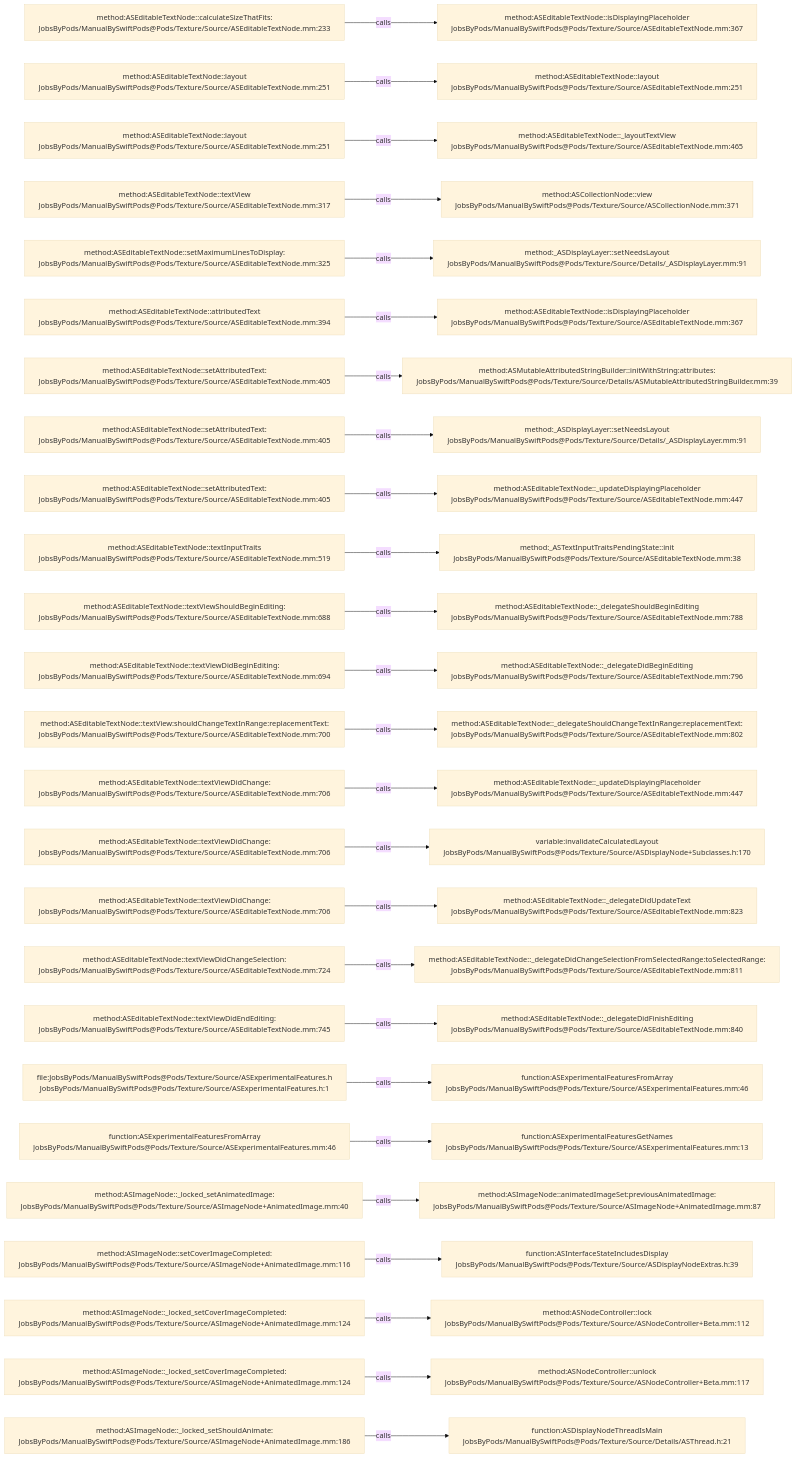
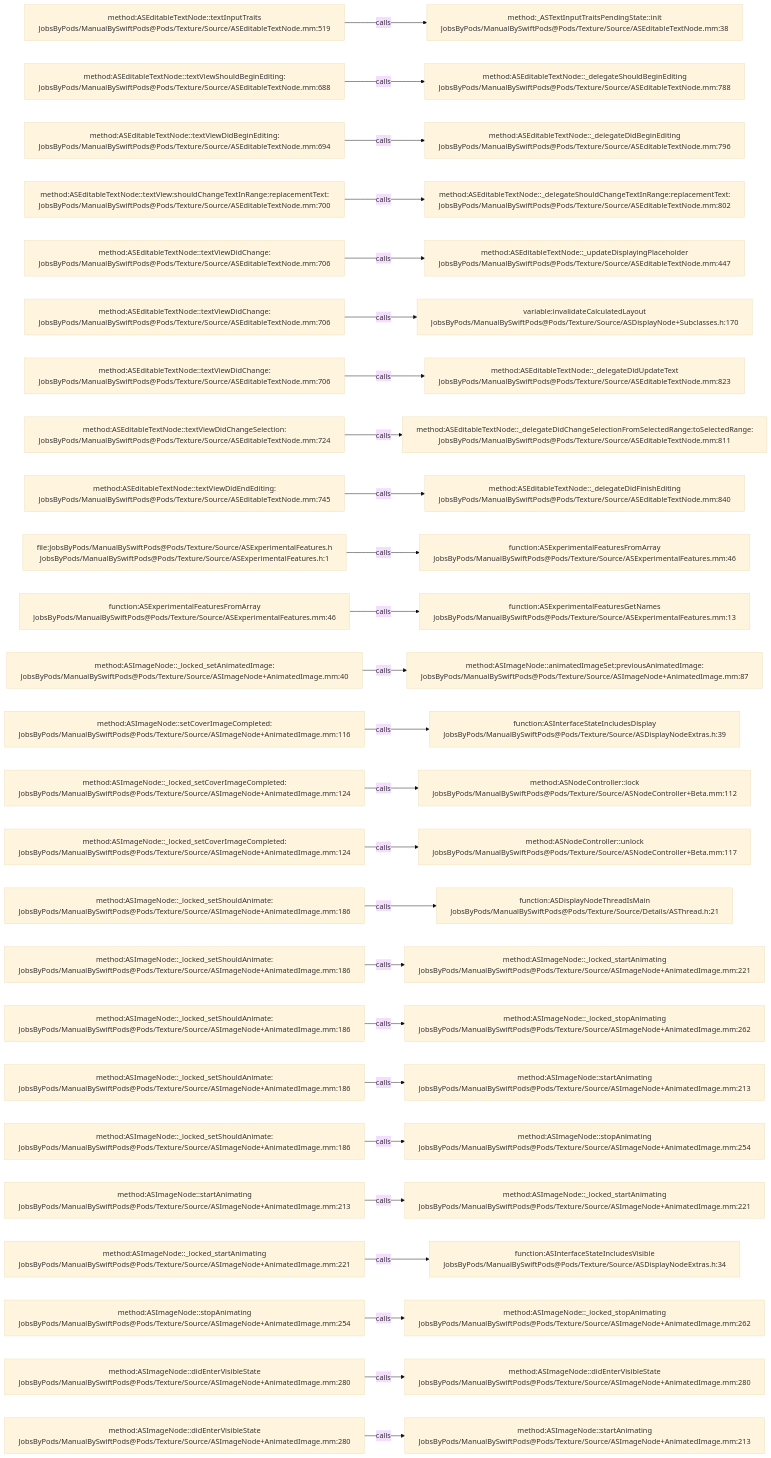
The diagram in .codegraph/codegraph.md/graphs/calls-040.md (JobsKits/JobsSwiftBaseConfigDemo), drawn with Mermaid (base theme) before and after one commit. The commit also changed 707 other files, not shown here.

````diff
--- a/.codegraph/codegraph.md/graphs/calls-040.md
+++ b/.codegraph/codegraph.md/graphs/calls-040.md
@@ -13,78 +13,78 @@
 ```mermaid
 flowchart LR
-  S1["method:ASEditableTextNode::calculateSizeThatFits:<br/>JobsByPods/ManualBySwiftPods@Pods/Texture/Source/ASEditableTextNode.mm:233"]
-  T1["method:ASEditableTextNode::isDisplayingPlaceholder<br/>JobsByPods/ManualBySwiftPods@Pods/Texture/Source/ASEditableTextNode.mm:367"]
+  S1["method:ASEditableTextNode::textInputTraits<br/>JobsByPods/ManualBySwiftPods@Pods/Texture/Source/ASEditableTextNode.mm:519"]
+  T1["method:_ASTextInputTraitsPendingState::init<br/>JobsByPods/ManualBySwiftPods@Pods/Texture/Source/ASEditableTextNode.mm:38"]
   S1 -->|calls| T1
-  S2["method:ASEditableTextNode::layout<br/>JobsByPods/ManualBySwiftPods@Pods/Texture/Source/ASEditableTextNode.mm:251"]
-  T2["method:ASEditableTextNode::layout<br/>JobsByPods/ManualBySwiftPods@Pods/Texture/Source/ASEditableTextNode.mm:251"]
+  S2["method:ASEditableTextNode::textViewShouldBeginEditing:<br/>JobsByPods/ManualBySwiftPods@Pods/Texture/Source/ASEditableTextNode.mm:688"]
+  T2["method:ASEditableTextNode::_delegateShouldBeginEditing<br/>JobsByPods/ManualBySwiftPods@Pods/Texture/Source/ASEditableTextNode.mm:788"]
   S2 -->|calls| T2
-  S3["method:ASEditableTextNode::layout<br/>JobsByPods/ManualBySwiftPods@Pods/Texture/Source/ASEditableTextNode.mm:251"]
-  T3["method:ASEditableTextNode::_layoutTextView<br/>JobsByPods/ManualBySwiftPods@Pods/Texture/Source/ASEditableTextNode.mm:465"]
+  S3["method:ASEditableTextNode::textViewDidBeginEditing:<br/>JobsByPods/ManualBySwiftPods@Pods/Texture/Source/ASEditableTextNode.mm:694"]
+  T3["method:ASEditableTextNode::_delegateDidBeginEditing<br/>JobsByPods/ManualBySwiftPods@Pods/Texture/Source/ASEditableTextNode.mm:796"]
   S3 -->|calls| T3
-  S4["method:ASEditableTextNode::textView<br/>JobsByPods/ManualBySwiftPods@Pods/Texture/Source/ASEditableTextNode.mm:317"]
-  T4["method:ASCollectionNode::view<br/>JobsByPods/ManualBySwiftPods@Pods/Texture/Source/ASCollectionNode.mm:371"]
+  S4["method:ASEditableTextNode::textView:shouldChangeTextInRange:replacementText:<br/>JobsByPods/ManualBySwiftPods@Pods/Texture/Source/ASEditableTextNode.mm:700"]
+  T4["method:ASEditableTextNode::_delegateShouldChangeTextInRange:replacementText:<br/>JobsByPods/ManualBySwiftPods@Pods/Texture/Source/ASEditableTextNode.mm:802"]
   S4 -->|calls| T4
-  S5["method:ASEditableTextNode::setMaximumLinesToDisplay:<br/>JobsByPods/ManualBySwiftPods@Pods/Texture/Source/ASEditableTextNode.mm:325"]
-  T5["method:_ASDisplayLayer::setNeedsLayout<br/>JobsByPods/ManualBySwiftPods@Pods/Texture/Source/Details/_ASDisplayLayer.mm:91"]
+  S5["method:ASEditableTextNode::textViewDidChange:<br/>JobsByPods/ManualBySwiftPods@Pods/Texture/Source/ASEditableTextNode.mm:706"]
+  T5["method:ASEditableTextNode::_updateDisplayingPlaceholder<br/>JobsByPods/ManualBySwiftPods@Pods/Texture/Source/ASEditableTextNode.mm:447"]
   S5 -->|calls| T5
-  S6["method:ASEditableTextNode::attributedText<br/>JobsByPods/ManualBySwiftPods@Pods/Texture/Source/ASEditableTextNode.mm:394"]
-  T6["method:ASEditableTextNode::isDisplayingPlaceholder<br/>JobsByPods/ManualBySwiftPods@Pods/Texture/Source/ASEditableTextNode.mm:367"]
+  S6["method:ASEditableTextNode::textViewDidChange:<br/>JobsByPods/ManualBySwiftPods@Pods/Texture/Source/ASEditableTextNode.mm:706"]
+  T6["variable:invalidateCalculatedLayout<br/>JobsByPods/ManualBySwiftPods@Pods/Texture/Source/ASDisplayNode+Subclasses.h:170"]
   S6 -->|calls| T6
-  S7["method:ASEditableTextNode::setAttributedText:<br/>JobsByPods/ManualBySwiftPods@Pods/Texture/Source/ASEditableTextNode.mm:405"]
-  T7["method:ASMutableAttributedStringBuilder::initWithString:attributes:<br/>JobsByPods/ManualBySwiftPods@Pods/Texture/Source/Details/ASMutableAttributedStringBuilder.mm:39"]
+  S7["method:ASEditableTextNode::textViewDidChange:<br/>JobsByPods/ManualBySwiftPods@Pods/Texture/Source/ASEditableTextNode.mm:706"]
+  T7["method:ASEditableTextNode::_delegateDidUpdateText<br/>JobsByPods/ManualBySwiftPods@Pods/Texture/Source/ASEditableTextNode.mm:823"]
   S7 -->|calls| T7
-  S8["method:ASEditableTextNode::setAttributedText:<br/>JobsByPods/ManualBySwiftPods@Pods/Texture/Source/ASEditableTextNode.mm:405"]
-  T8["method:_ASDisplayLayer::setNeedsLayout<br/>JobsByPods/ManualBySwiftPods@Pods/Texture/Source/Details/_ASDisplayLayer.mm:91"]
+  S8["method:ASEditableTextNode::textViewDidChangeSelection:<br/>JobsByPods/ManualBySwiftPods@Pods/Texture/Source/ASEditableTextNode.mm:724"]
+  T8["method:ASEditableTextNode::_delegateDidChangeSelectionFromSelectedRange:toSelectedRange:<br/>JobsByPods/ManualBySwiftPods@Pods/Texture/Source/ASEditableTextNode.mm:811"]
   S8 -->|calls| T8
-  S9["method:ASEditableTextNode::setAttributedText:<br/>JobsByPods/ManualBySwiftPods@Pods/Texture/Source/ASEditableTextNode.mm:405"]
-  T9["method:ASEditableTextNode::_updateDisplayingPlaceholder<br/>JobsByPods/ManualBySwiftPods@Pods/Texture/Source/ASEditableTextNode.mm:447"]
+  S9["method:ASEditableTextNode::textViewDidEndEditing:<br/>JobsByPods/ManualBySwiftPods@Pods/Texture/Source/ASEditableTextNode.mm:745"]
+  T9["method:ASEditableTextNode::_delegateDidFinishEditing<br/>JobsByPods/ManualBySwiftPods@Pods/Texture/Source/ASEditableTextNode.mm:840"]
   S9 -->|calls| T9
-  S10["method:ASEditableTextNode::textInputTraits<br/>JobsByPods/ManualBySwiftPods@Pods/Texture/Source/ASEditableTextNode.mm:519"]
-  T10["method:_ASTextInputTraitsPendingState::init<br/>JobsByPods/ManualBySwiftPods@Pods/Texture/Source/ASEditableTextNode.mm:38"]
+  S10["file:JobsByPods/ManualBySwiftPods@Pods/Texture/Source/ASExperimentalFeatures.h<br/>JobsByPods/ManualBySwiftPods@Pods/Texture/Source/ASExperimentalFeatures.h:1"]
+  T10["function:ASExperimentalFeaturesFromArray<br/>JobsByPods/ManualBySwiftPods@Pods/Texture/Source/ASExperimentalFeatures.mm:46"]
   S10 -->|calls| T10
-  S11["method:ASEditableTextNode::textViewShouldBeginEditing:<br/>JobsByPods/ManualBySwiftPods@Pods/Texture/Source/ASEditableTextNode.mm:688"]
-  T11["method:ASEditableTextNode::_delegateShouldBeginEditing<br/>JobsByPods/ManualBySwiftPods@Pods/Texture/Source/ASEditableTextNode.mm:788"]
+  S11["function:ASExperimentalFeaturesFromArray<br/>JobsByPods/ManualBySwiftPods@Pods/Texture/Source/ASExperimentalFeatures.mm:46"]
+  T11["function:ASExperimentalFeaturesGetNames<br/>JobsByPods/ManualBySwiftPods@Pods/Texture/Source/ASExperimentalFeatures.mm:13"]
   S11 -->|calls| T11
-  S12["method:ASEditableTextNode::textViewDidBeginEditing:<br/>JobsByPods/ManualBySwiftPods@Pods/Texture/Source/ASEditableTextNode.mm:694"]
-  T12["method:ASEditableTextNode::_delegateDidBeginEditing<br/>JobsByPods/ManualBySwiftPods@Pods/Texture/Source/ASEditableTextNode.mm:796"]
+  S12["method:ASImageNode::_locked_setAnimatedImage:<br/>JobsByPods/ManualBySwiftPods@Pods/Texture/Source/ASImageNode+AnimatedImage.mm:40"]
+  T12["method:ASImageNode::animatedImageSet:previousAnimatedImage:<br/>JobsByPods/ManualBySwiftPods@Pods/Texture/Source/ASImageNode+AnimatedImage.mm:87"]
   S12 -->|calls| T12
-  S13["method:ASEditableTextNode::textView:shouldChangeTextInRange:replacementText:<br/>JobsByPods/ManualBySwiftPods@Pods/Texture/Source/ASEditableTextNode.mm:700"]
-  T13["method:ASEditableTextNode::_delegateShouldChangeTextInRange:replacementText:<br/>JobsByPods/ManualBySwiftPods@Pods/Texture/Source/ASEditableTextNode.mm:802"]
+  S13["method:ASImageNode::setCoverImageCompleted:<br/>JobsByPods/ManualBySwiftPods@Pods/Texture/Source/ASImageNode+AnimatedImage.mm:116"]
+  T13["function:ASInterfaceStateIncludesDisplay<br/>JobsByPods/ManualBySwiftPods@Pods/Texture/Source/ASDisplayNodeExtras.h:39"]
   S13 -->|calls| T13
-  S14["method:ASEditableTextNode::textViewDidChange:<br/>JobsByPods/ManualBySwiftPods@Pods/Texture/Source/ASEditableTextNode.mm:706"]
-  T14["method:ASEditableTextNode::_updateDisplayingPlaceholder<br/>JobsByPods/ManualBySwiftPods@Pods/Texture/Source/ASEditableTextNode.mm:447"]
+  S14["method:ASImageNode::_locked_setCoverImageCompleted:<br/>JobsByPods/ManualBySwiftPods@Pods/Texture/Source/ASImageNode+AnimatedImage.mm:124"]
+  T14["method:ASNodeController::lock<br/>JobsByPods/ManualBySwiftPods@Pods/Texture/Source/ASNodeController+Beta.mm:112"]
   S14 -->|calls| T14
-  S15["method:ASEditableTextNode::textViewDidChange:<br/>JobsByPods/ManualBySwiftPods@Pods/Texture/Source/ASEditableTextNode.mm:706"]
-  T15["variable:invalidateCalculatedLayout<br/>JobsByPods/ManualBySwiftPods@Pods/Texture/Source/ASDisplayNode+Subclasses.h:170"]
+  S15["method:ASImageNode::_locked_setCoverImageCompleted:<br/>JobsByPods/ManualBySwiftPods@Pods/Texture/Source/ASImageNode+AnimatedImage.mm:124"]
+  T15["method:ASNodeController::unlock<br/>JobsByPods/ManualBySwiftPods@Pods/Texture/Source/ASNodeController+Beta.mm:117"]
   S15 -->|calls| T15
-  S16["method:ASEditableTextNode::textViewDidChange:<br/>JobsByPods/ManualBySwiftPods@Pods/Texture/Source/ASEditableTextNode.mm:706"]
-  T16["method:ASEditableTextNode::_delegateDidUpdateText<br/>JobsByPods/ManualBySwiftPods@Pods/Texture/Source/ASEditableTextNode.mm:823"]
+  S16["method:ASImageNode::_locked_setShouldAnimate:<br/>JobsByPods/ManualBySwiftPods@Pods/Texture/Source/ASImageNode+AnimatedImage.mm:186"]
+  T16["function:ASDisplayNodeThreadIsMain<br/>JobsByPods/ManualBySwiftPods@Pods/Texture/Source/Details/ASThread.h:21"]
   S16 -->|calls| T16
-  S17["method:ASEditableTextNode::textViewDidChangeSelection:<br/>JobsByPods/ManualBySwiftPods@Pods/Texture/Source/ASEditableTextNode.mm:724"]
-  T17["method:ASEditableTextNode::_delegateDidChangeSelectionFromSelectedRange:toSelectedRange:<br/>JobsByPods/ManualBySwiftPods@Pods/Texture/Source/ASEditableTextNode.mm:811"]
+  S17["method:ASImageNode::_locked_setShouldAnimate:<br/>JobsByPods/ManualBySwiftPods@Pods/Texture/Source/ASImageNode+AnimatedImage.mm:186"]
+  T17["method:ASImageNode::_locked_startAnimating<br/>JobsByPods/ManualBySwiftPods@Pods/Texture/Source/ASImageNode+AnimatedImage.mm:221"]
   S17 -->|calls| T17
-  S18["method:ASEditableTextNode::textViewDidEndEditing:<br/>JobsByPods/ManualBySwiftPods@Pods/Texture/Source/ASEditableTextNode.mm:745"]
-  T18["method:ASEditableTextNode::_delegateDidFinishEditing<br/>JobsByPods/ManualBySwiftPods@Pods/Texture/Source/ASEditableTextNode.mm:840"]
+  S18["method:ASImageNode::_locked_setShouldAnimate:<br/>JobsByPods/ManualBySwiftPods@Pods/Texture/Source/ASImageNode+AnimatedImage.mm:186"]
+  T18["method:ASImageNode::_locked_stopAnimating<br/>JobsByPods/ManualBySwiftPods@Pods/Texture/Source/ASImageNode+AnimatedImage.mm:262"]
   S18 -->|calls| T18
-  S19["file:JobsByPods/ManualBySwiftPods@Pods/Texture/Source/ASExperimentalFeatures.h<br/>JobsByPods/ManualBySwiftPods@Pods/Texture/Source/ASExperimentalFeatures.h:1"]
-  T19["function:ASExperimentalFeaturesFromArray<br/>JobsByPods/ManualBySwiftPods@Pods/Texture/Source/ASExperimentalFeatures.mm:46"]
+  S19["method:ASImageNode::_locked_setShouldAnimate:<br/>JobsByPods/ManualBySwiftPods@Pods/Texture/Source/ASImageNode+AnimatedImage.mm:186"]
+  T19["method:ASImageNode::startAnimating<br/>JobsByPods/ManualBySwiftPods@Pods/Texture/Source/ASImageNode+AnimatedImage.mm:213"]
   S19 -->|calls| T19
-  S20["function:ASExperimentalFeaturesFromArray<br/>JobsByPods/ManualBySwiftPods@Pods/Texture/Source/ASExperimentalFeatures.mm:46"]
-  T20["function:ASExperimentalFeaturesGetNames<br/>JobsByPods/ManualBySwiftPods@Pods/Texture/Source/ASExperimentalFeatures.mm:13"]
+  S20["method:ASImageNode::_locked_setShouldAnimate:<br/>JobsByPods/ManualBySwiftPods@Pods/Texture/Source/ASImageNode+AnimatedImage.mm:186"]
+  T20["method:ASImageNode::stopAnimating<br/>JobsByPods/ManualBySwiftPods@Pods/Texture/Source/ASImageNode+AnimatedImage.mm:254"]
   S20 -->|calls| T20
-  S21["method:ASImageNode::_locked_setAnimatedImage:<br/>JobsByPods/ManualBySwiftPods@Pods/Texture/Source/ASImageNode+AnimatedImage.mm:40"]
-  T21["method:ASImageNode::animatedImageSet:previousAnimatedImage:<br/>JobsByPods/ManualBySwiftPods@Pods/Texture/Source/ASImageNode+AnimatedImage.mm:87"]
+  S21["method:ASImageNode::startAnimating<br/>JobsByPods/ManualBySwiftPods@Pods/Texture/Source/ASImageNode+AnimatedImage.mm:213"]
+  T21["method:ASImageNode::_locked_startAnimating<br/>JobsByPods/ManualBySwiftPods@Pods/Texture/Source/ASImageNode+AnimatedImage.mm:221"]
   S21 -->|calls| T21
-  S22["method:ASImageNode::setCoverImageCompleted:<br/>JobsByPods/ManualBySwiftPods@Pods/Texture/Source/ASImageNode+AnimatedImage.mm:116"]
-  T22["function:ASInterfaceStateIncludesDisplay<br/>JobsByPods/ManualBySwiftPods@Pods/Texture/Source/ASDisplayNodeExtras.h:39"]
+  S22["method:ASImageNode::_locked_startAnimating<br/>JobsByPods/ManualBySwiftPods@Pods/Texture/Source/ASImageNode+AnimatedImage.mm:221"]
+  T22["function:ASInterfaceStateIncludesVisible<br/>JobsByPods/ManualBySwiftPods@Pods/Texture/Source/ASDisplayNodeExtras.h:34"]
   S22 -->|calls| T22
-  S23["method:ASImageNode::_locked_setCoverImageCompleted:<br/>JobsByPods/ManualBySwiftPods@Pods/Texture/Source/ASImageNode+AnimatedImage.mm:124"]
-  T23["method:ASNodeController::lock<br/>JobsByPods/ManualBySwiftPods@Pods/Texture/Source/ASNodeController+Beta.mm:112"]
+  S23["method:ASImageNode::stopAnimating<br/>JobsByPods/ManualBySwiftPods@Pods/Texture/Source/ASImageNode+AnimatedImage.mm:254"]
+  T23["method:ASImageNode::_locked_stopAnimating<br/>JobsByPods/ManualBySwiftPods@Pods/Texture/Source/ASImageNode+AnimatedImage.mm:262"]
   S23 -->|calls| T23
-  S24["method:ASImageNode::_locked_setCoverImageCompleted:<br/>JobsByPods/ManualBySwiftPods@Pods/Texture/Source/ASImageNode+AnimatedImage.mm:124"]
-  T24["method:ASNodeController::unlock<br/>JobsByPods/ManualBySwiftPods@Pods/Texture/Source/ASNodeController+Beta.mm:117"]
+  S24["method:ASImageNode::didEnterVisibleState<br/>JobsByPods/ManualBySwiftPods@Pods/Texture/Source/ASImageNode+AnimatedImage.mm:280"]
+  T24["method:ASImageNode::didEnterVisibleState<br/>JobsByPods/ManualBySwiftPods@Pods/Texture/Source/ASImageNode+AnimatedImage.mm:280"]
   S24 -->|calls| T24
-  S25["method:ASImageNode::_locked_setShouldAnimate:<br/>JobsByPods/ManualBySwiftPods@Pods/Texture/Source/ASImageNode+AnimatedImage.mm:186"]
-  T25["function:ASDisplayNodeThreadIsMain<br/>JobsByPods/ManualBySwiftPods@Pods/Texture/Source/Details/ASThread.h:21"]
+  S25["method:ASImageNode::didEnterVisibleState<br/>JobsByPods/ManualBySwiftPods@Pods/Texture/Source/ASImageNode+AnimatedImage.mm:280"]
+  T25["method:ASImageNode::startAnimating<br/>JobsByPods/ManualBySwiftPods@Pods/Texture/Source/ASImageNode+AnimatedImage.mm:213"]
   S25 -->|calls| T25
 ```
````
